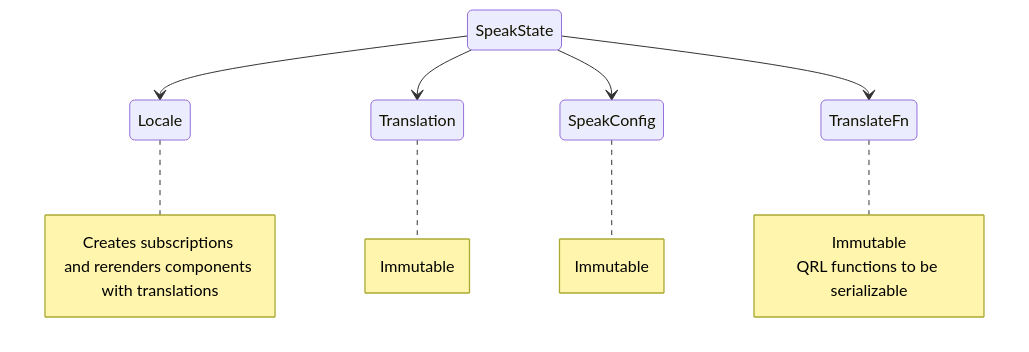
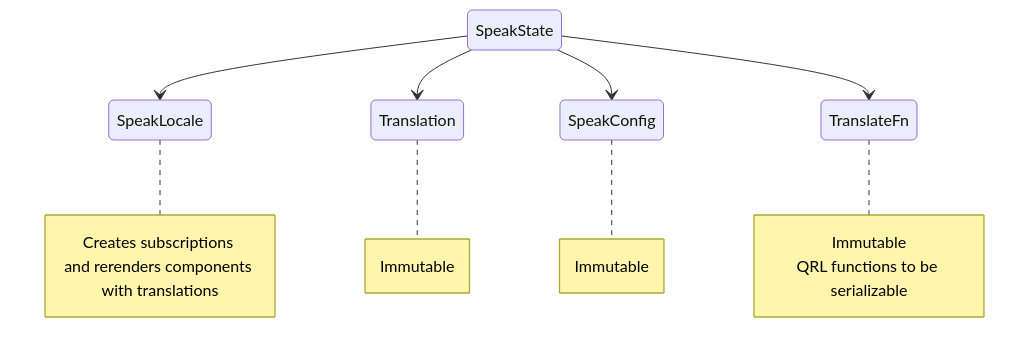
One commit to robisim74/qwik-speak changed the diagram in README.md. Above: the diagram before and after it, drawn with Mermaid. The commit also changed other lines of this file and 35 other files, not shown here.

````diff
--- a/README.md
+++ b/README.md
@@ -9,22 +9,22 @@
 ```mermaid
 stateDiagram-v2
     State1: SpeakState
-    State2: Locale
+    State2: SpeakLocale
     State3: Translation
     State4: SpeakConfig
     State5: TranslateFn
     State1 --> State2
     State1 --> State3
     State1 --> State4
     State1 --> State5
     note right of State2
         Creates subscriptions 
         and rerenders components with translations
     end note
     note right of State3: Immutable
     note right of State4: Immutable
     note right of State5
         Immutable
         QRL functions to be serializable
     end note
 ```
````
